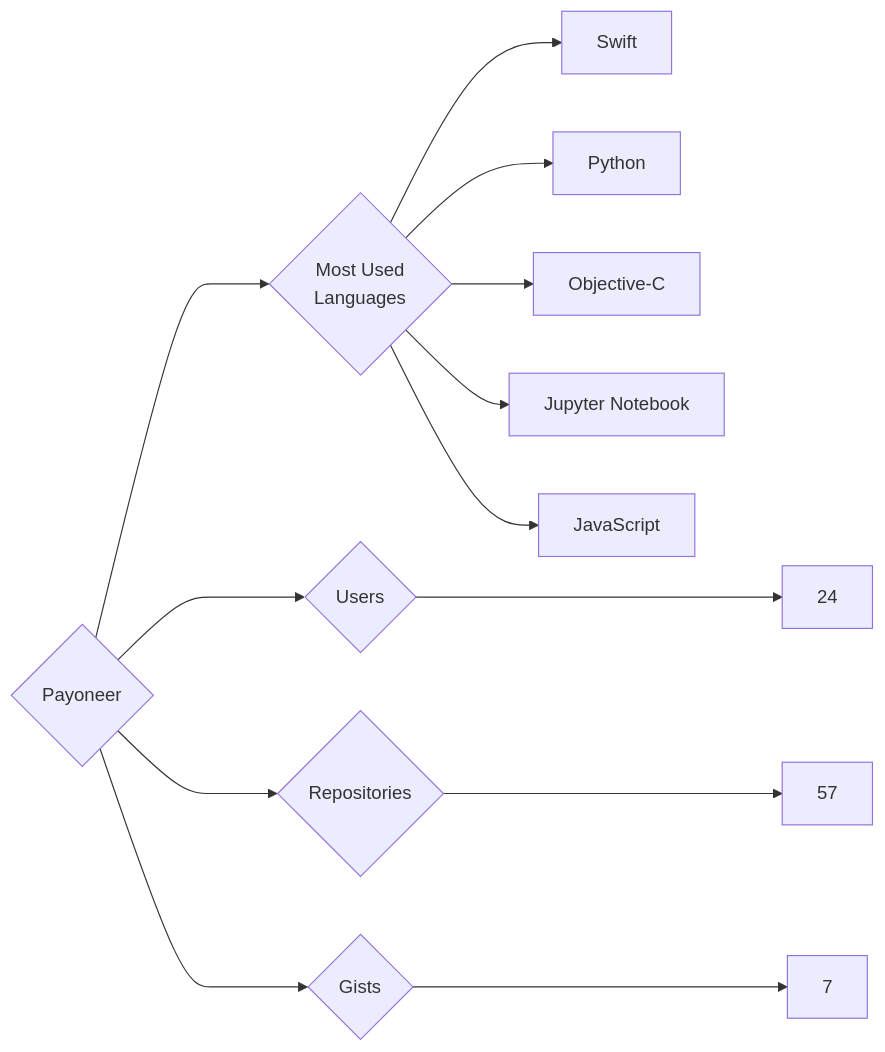
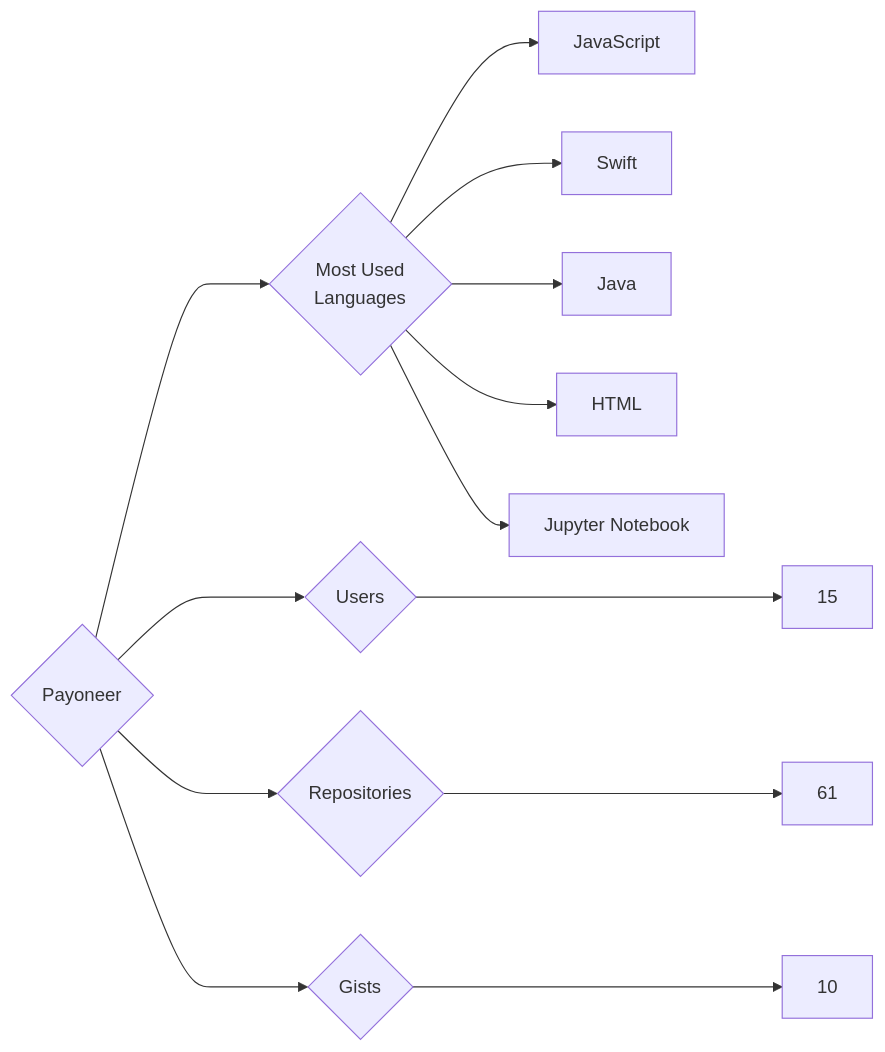
One commit to trickest/insiders changed the diagram in targets/Payoneer/README.md. Above: the diagram before and after it, drawn with Mermaid. The commit also changed 964 other files, not shown here.

````diff
--- a/targets/Payoneer/README.md
+++ b/targets/Payoneer/README.md
@@ -3,13 +3,13 @@
 ```mermaid
 graph LR
 COMPANY_NAME{Payoneer}
-COMPANY_NAME ---> U{Users} ---> UN[24]
-COMPANY_NAME ---> R{Repositories} ---> RN[57]
-COMPANY_NAME ---> G{Gists} ---> GN[7]
+COMPANY_NAME ---> U{Users} ---> UN[15]
+COMPANY_NAME ---> R{Repositories} ---> RN[61]
+COMPANY_NAME ---> G{Gists} ---> GN[10]
 COMPANY_NAME ---> ML{Most Used<br>Languages}
+ML --> JavaScript[JavaScript]
 ML --> Swift[Swift]
-ML --> Python[Python]
-ML --> Objective-C[Objective-C]
+ML --> Java[Java]
+ML --> HTML[HTML]
 ML --> Jupyter_Notebook[Jupyter Notebook]
-ML --> JavaScript[JavaScript]
 ```
````
